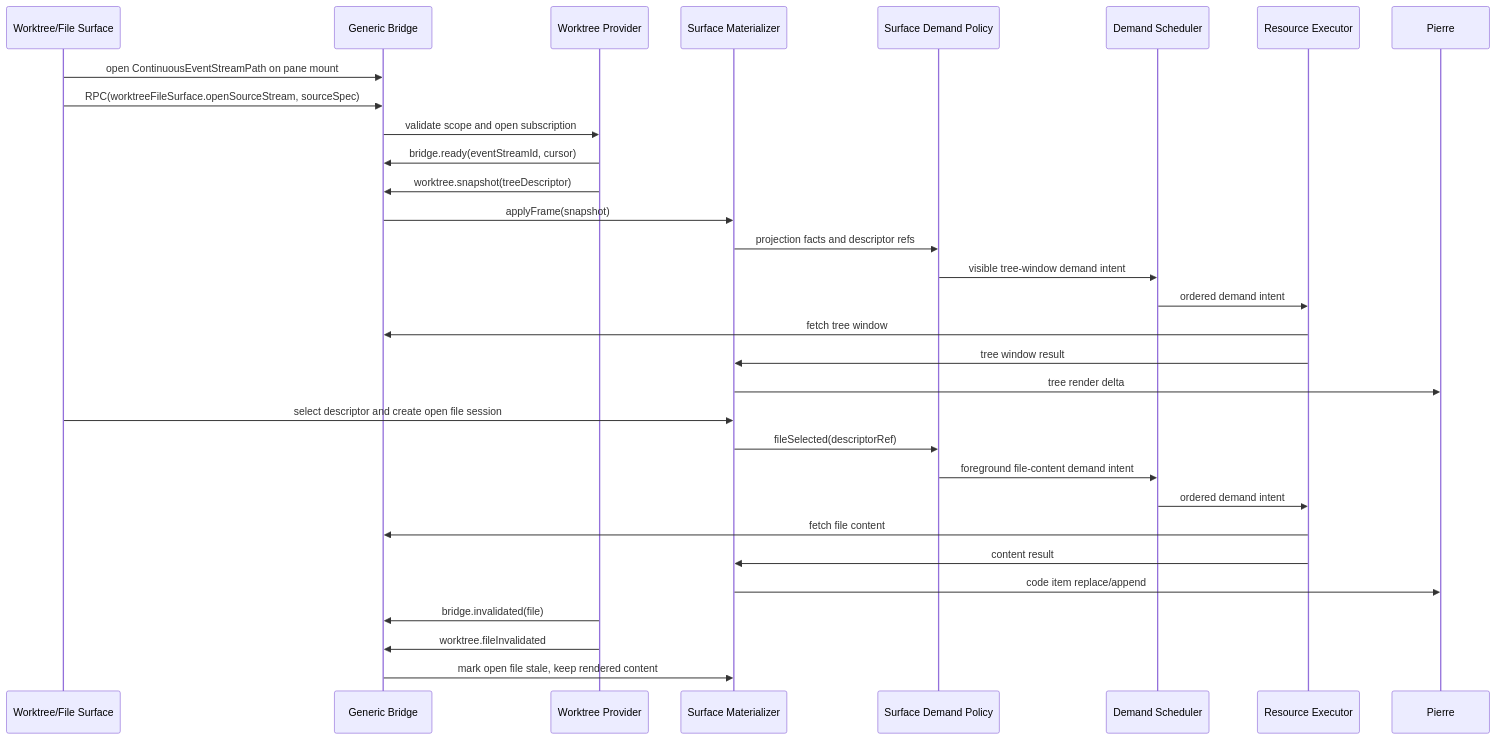
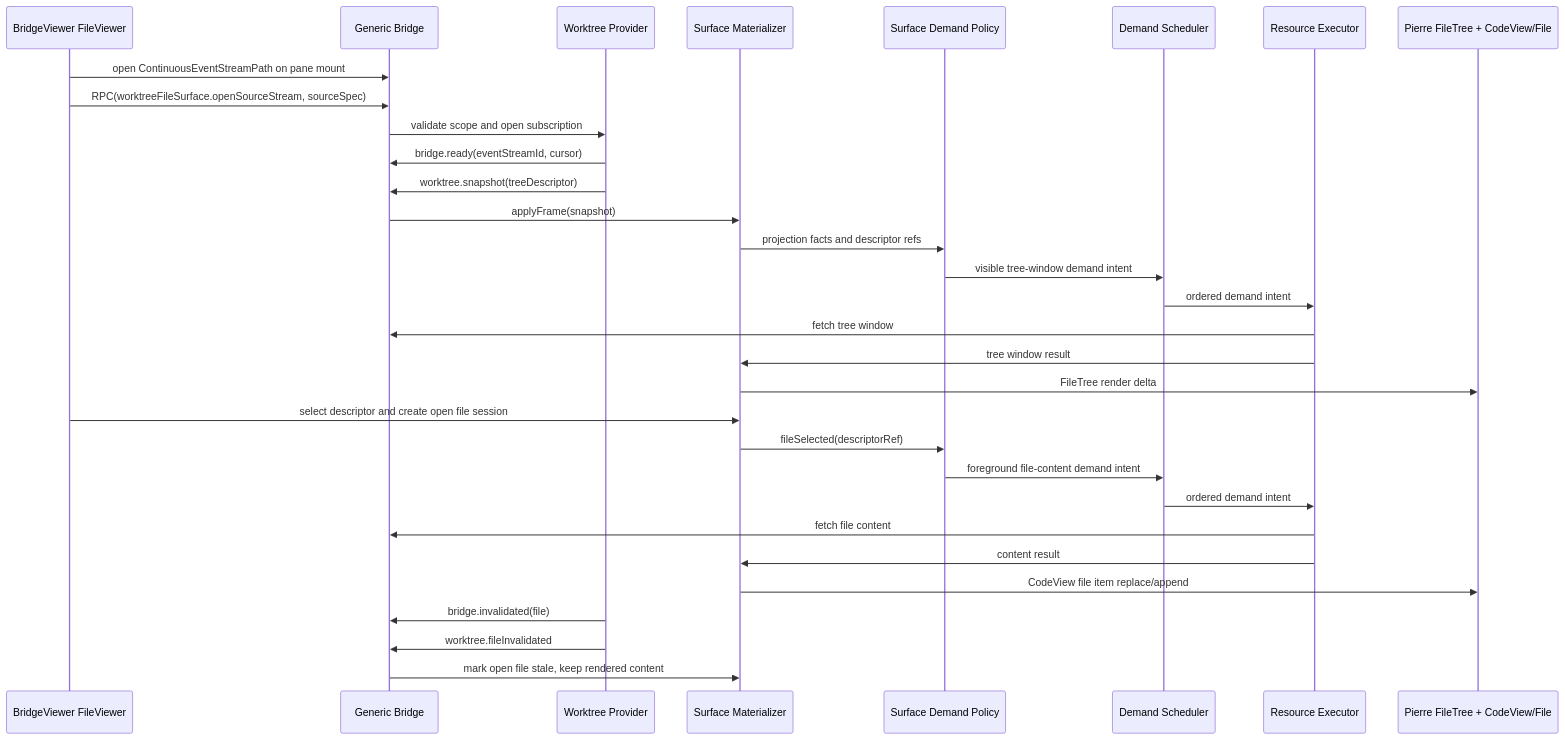
Before and after one commit to ShravanSunder/agentstudio: the second of 2 diagrams in tmp/spec-workflows/2026-06-22-bridge-transport-streaming-spec/worktree-file-surface-protocol.md, drawn with Mermaid. The commit also changed other lines of this file and 23 other files, not shown here.

Commit message:
Prove shared FileViewer worktree route

````diff
--- a/tmp/spec-workflows/2026-06-22-bridge-transport-streaming-spec/worktree-file-surface-protocol.md
+++ b/tmp/spec-workflows/2026-06-22-bridge-transport-streaming-spec/worktree-file-surface-protocol.md
@@ -503,34 +546,34 @@
 ```mermaid
 sequenceDiagram
-  participant Browser as Worktree/File Surface
+  participant Browser as BridgeViewer FileViewer
   participant Bridge as Generic Bridge
   participant Provider as Worktree Provider
   participant Mat as Surface Materializer
   participant Policy as Surface Demand Policy
   participant Sched as Demand Scheduler
   participant Exec as Resource Executor
-  participant Pierre as Pierre
+  participant Pierre as Pierre FileTree + CodeView/File
 
   Browser->>Bridge: open ContinuousEventStreamPath on pane mount
   Browser->>Bridge: RPC(worktreeFileSurface.openSourceStream, sourceSpec)
   Bridge->>Provider: validate scope and open subscription
   Provider->>Bridge: bridge.ready(eventStreamId, cursor)
   Provider->>Bridge: worktree.snapshot(treeDescriptor)
   Bridge->>Mat: applyFrame(snapshot)
   Mat->>Policy: projection facts and descriptor refs
   Policy->>Sched: visible tree-window demand intent
   Sched->>Exec: ordered demand intent
   Exec->>Bridge: fetch tree window
   Exec->>Mat: tree window result
-  Mat->>Pierre: tree render delta
+  Mat->>Pierre: FileTree render delta
   Browser->>Mat: select descriptor and create open file session
   Mat->>Policy: fileSelected(descriptorRef)
   Policy->>Sched: foreground file-content demand intent
   Sched->>Exec: ordered demand intent
   Exec->>Bridge: fetch file content
   Exec->>Mat: content result
-  Mat->>Pierre: code item replace/append
+  Mat->>Pierre: CodeView file item replace/append
   Provider->>Bridge: bridge.invalidated(file)
   Provider->>Bridge: worktree.fileInvalidated
   Bridge->>Mat: mark open file stale, keep rendered content
 ```
````
